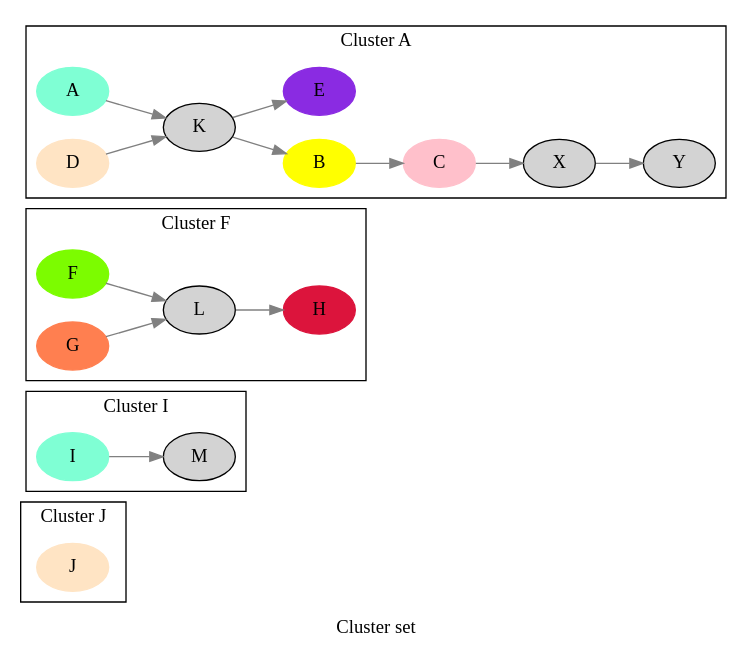
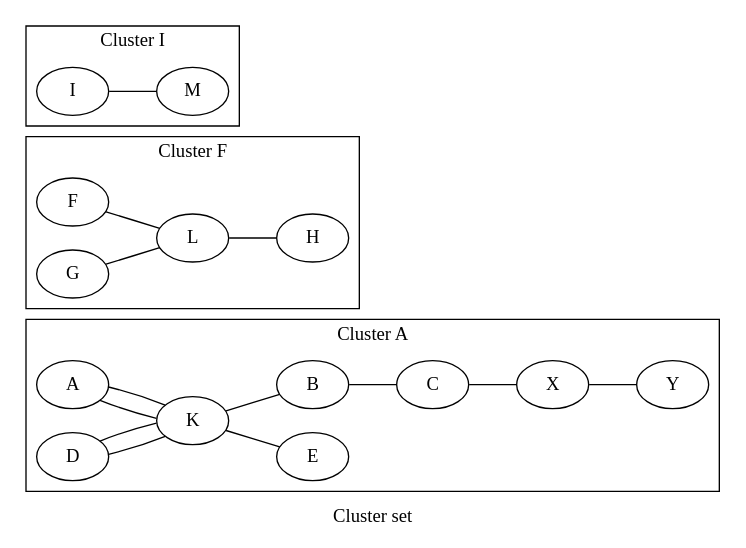
One commit to graphviz-perl/GraphViz2-Marpa-PathUtils changed the diagram in data/14.clusters.out.gv. Above: the diagram before and after it, drawn with Graphviz. The commit also changed 18 other files, not shown here.

Commit message:
Get find_clusters working with new GraphViz2::Marpa

```diff
--- a/data/14.clusters.out.gv
+++ b/data/14.clusters.out.gv
@@ -1,68 +1,67 @@
-digraph Perl
+graph Perl
 {
 graph [ label="Cluster set" rankdir="LR" ]
-node [ shape="oval" style="filled" ]
-edge [ color="grey" ]
 
-subgraph "cluster J" {
-graph [ label="Cluster J" rankdir="LR" ]
-node [ shape="oval" style="filled" ]
-edge [ color="grey" ]
+subgraph "cluster A"
+{
+graph [ label="Cluster A" rankdir="LR" ]
 
-"J" [ color="bisque" ]
+"A"
+"K"
+"A" -- "K" [ label="" ]
+"D"
+"K"
+"D" -- "K" [ label="" ]
+"K"
+"E"
+"K" -- "E" [ label="" ]
 }
 
-subgraph "cluster I" {
-graph [ label="Cluster I" rankdir="LR" ]
-node [ shape="oval" style="filled" ]
-edge [ color="grey" ]
+subgraph "cluster A"
+{
+graph [ label="Cluster A" rankdir="LR" ]
 
-"I" [ color="aquamarine" ]
-"M"
-"I" -> "M" [ label="" ]
+"A"
+"K"
+"A" -- "K" [ label="" ]
+"B"
+"C"
+"B" -- "C" [ label="" ]
+"C"
+"X"
+"C" -- "X" [ label="" ]
+"D"
+"K"
+"D" -- "K" [ label="" ]
+"K"
+"B"
+"K" -- "B" [ label="" ]
+"X"
+"Y"
+"X" -- "Y" [ label="" ]
 }
 
-subgraph "cluster F" {
+subgraph "cluster F"
+{
 graph [ label="Cluster F" rankdir="LR" ]
-node [ shape="oval" style="filled" ]
-edge [ color="grey" ]
 
-"F" [ color="lawngreen" ]
+"F"
 "L"
-"F" -> "L" [ label="" ]
-"G" [ color="coral" ]
+"F" -- "L" [ label="" ]
+"G"
 "L"
-"G" -> "L" [ label="" ]
+"G" -- "L" [ label="" ]
 "L"
-"H" [ color="crimson" ]
-"L" -> "H" [ label="" ]
+"H"
+"L" -- "H" [ label="" ]
 }
 
-subgraph "cluster A" {
-graph [ label="Cluster A" rankdir="LR" ]
-node [ shape="oval" style="filled" ]
-edge [ color="grey" ]
+subgraph "cluster I"
+{
+graph [ label="Cluster I" rankdir="LR" ]
 
-"A" [ color="aquamarine" ]
-"K"
-"A" -> "K" [ label="" ]
-"B" [ color="yellow" ]
-"C" [ color="pink" ]
-"B" -> "C" [ label="" ]
-"C" [ color="pink" ]
-"X"
-"C" -> "X" [ label="" ]
-"D" [ color="bisque" ]
-"K"
-"D" -> "K" [ label="" ]
-"K"
-"B" [ color="yellow" ]
-"K" -> "B" [ label="" ]
-"K"
-"E" [ color="blueviolet" ]
-"K" -> "E" [ label="" ]
-"X"
-"Y"
-"X" -> "Y" [ label="" ]
+"I"
+"M"
+"I" -- "M" [ label="" ]
 }
 }
```
